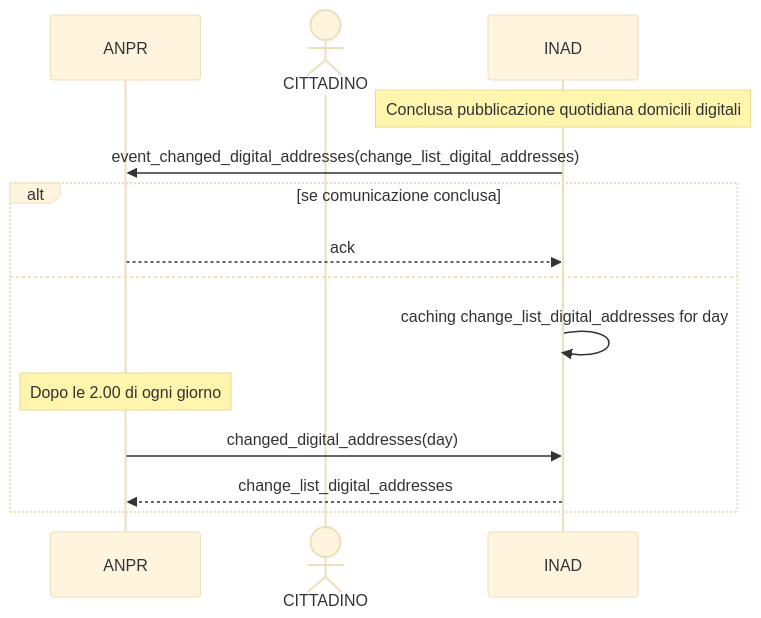
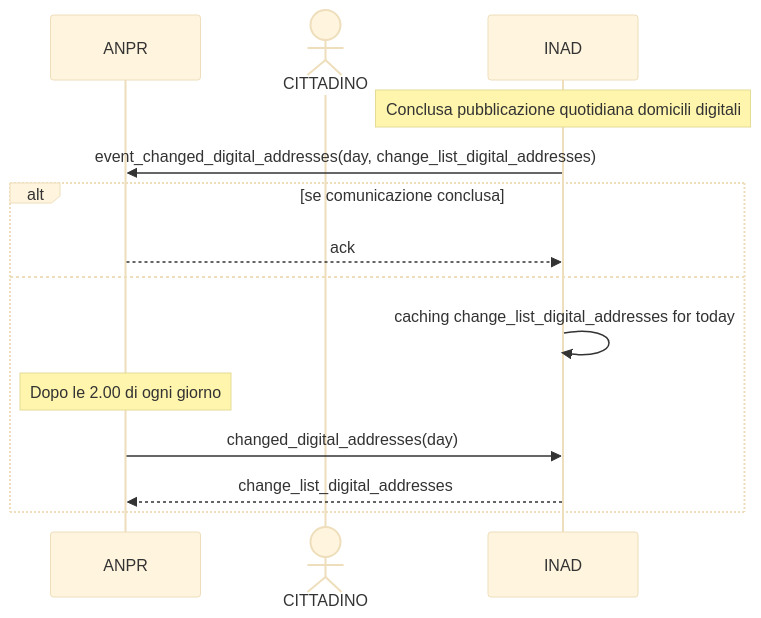
Before and after one commit to ioggstream/verify_integration_INAD_with_ANPR-IO: the diagram in mermind/UC011.md, drawn with Mermaid (base theme). The commit also changed 8 other files, not shown here.

````diff
--- a/mermind/UC011.md
+++ b/mermind/UC011.md
@@ -3,22 +3,22 @@
 ```mermaid
 sequenceDiagram
   participant A as ANPR
   actor C as CITTADINO
   participant I as INAD
 
   Note over I: Conclusa pubblicazione quotidiana domicili digitali 
 
-  I ->> A: event_changed_digital_addresses(change_list_digital_addresses)
+  I ->> A: event_changed_digital_addresses(day, change_list_digital_addresses)
 
   alt se comunicazione conclusa 
     A -->>I: ack
   else
-    I ->> I: caching change_list_digital_addresses for day
+    I ->> I: caching change_list_digital_addresses for today
 
     Note over A: Dopo le 2.00 di ogni giorno
 
     A ->> I: changed_digital_addresses(day)
     I -->> A: change_list_digital_addresses
     
   end
   ```
````
